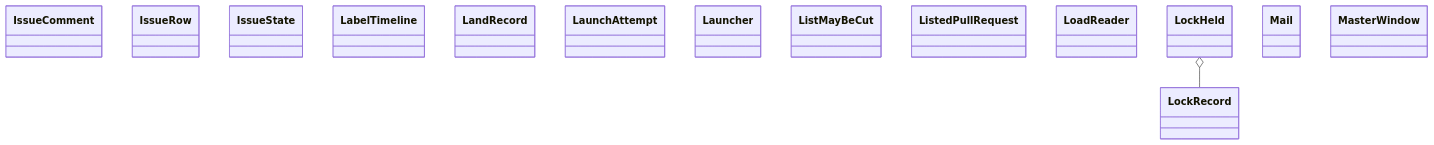
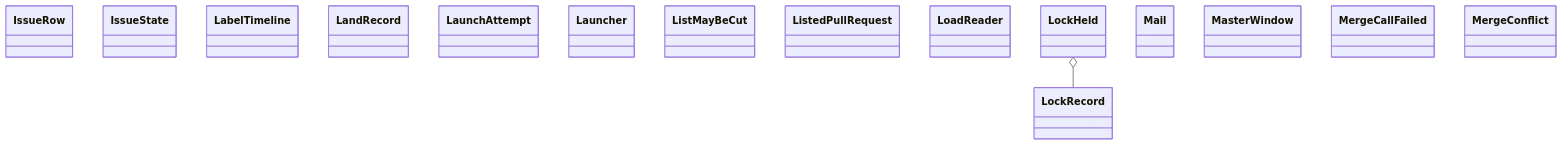
Before and after one commit to GonzaloZevallos/agentic-system: the diagram in docs/architecture/generated/classes-process-application-support-4.md, drawn with Mermaid. The commit also changed 18 other files, not shown here.

````diff
--- a/docs/architecture/generated/classes-process-application-support-4.md
+++ b/docs/architecture/generated/classes-process-application-support-4.md
@@ -21,18 +21,19 @@
 ```mermaid
 classDiagram
-    class ports__IssueComment["IssueComment"]
     class ports__IssueRow["IssueRow"]
     class ports__IssueState["IssueState"]
     class ports__LabelTimeline["LabelTimeline"]
     class ports__LandRecord["LandRecord"]
     class ports__LaunchAttempt["LaunchAttempt"]
     class ports__Launcher["Launcher"]
     class ports__ListMayBeCut["ListMayBeCut"]
     class ports__ListedPullRequest["ListedPullRequest"]
     class ports__LoadReader["LoadReader"]
     class ports__LockHeld["LockHeld"]
     class ports__LockRecord["LockRecord"]
     class ports__Mail["Mail"]
     class ports__MasterWindow["MasterWindow"]
+    class ports__MergeCallFailed["MergeCallFailed"]
+    class ports__MergeConflict["MergeConflict"]
     ports__LockHeld o-- ports__LockRecord
 ```
````
